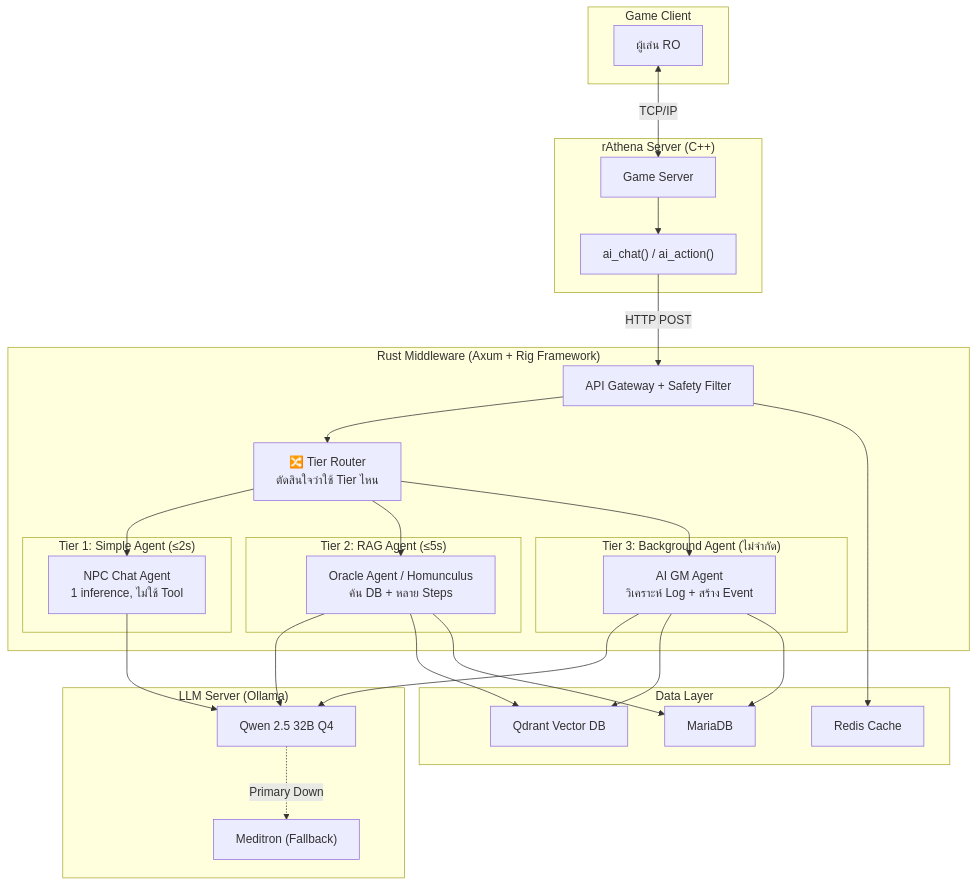
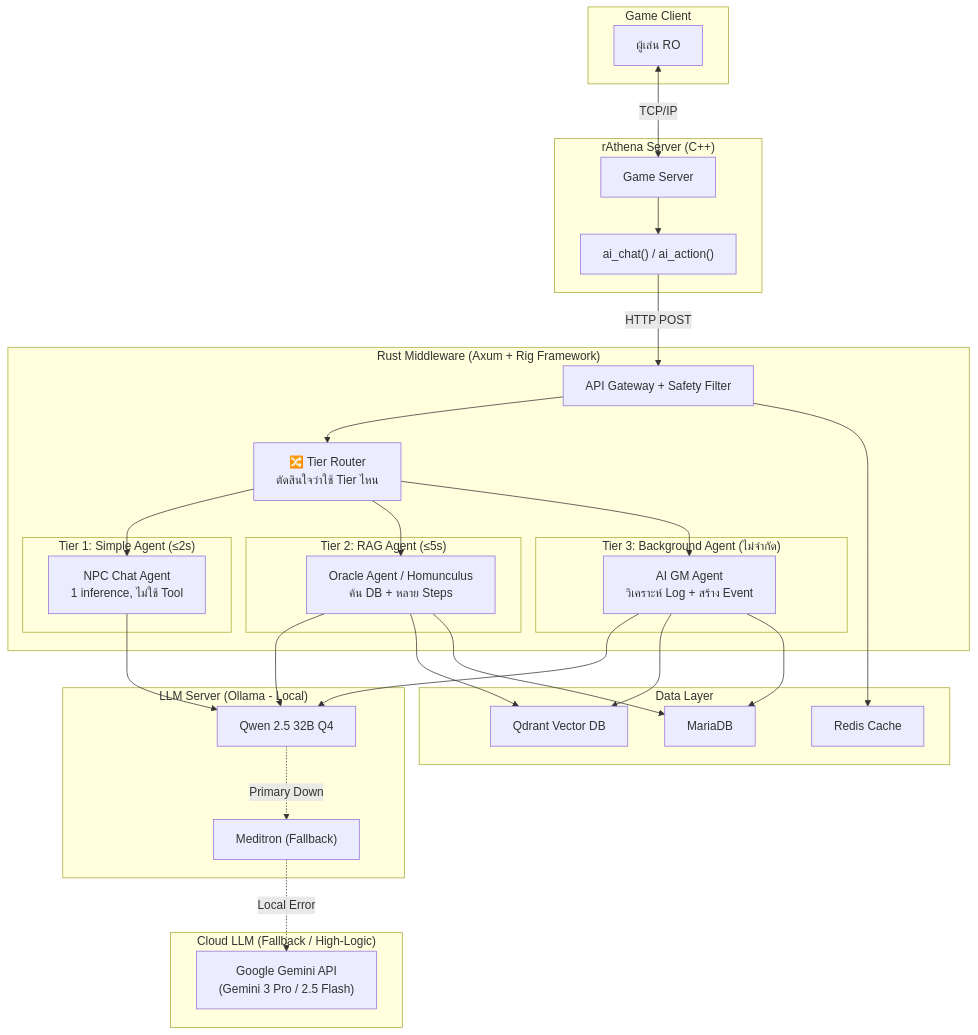
The first of 3 diagrams in docs/01_03_TRD_Project-Mimir_TH.md (MegaWiz-Dev-Team/Mimir), drawn with Mermaid before and after one commit. The commit also changed other lines of this file and 24 other files, not shown here.

Commit message:
feat: Implement model selection for Ollama and Gemini in the agent playground, including backend model configuration, persona updates, and new UI.

````diff
--- a/docs/01_03_TRD_Project-Mimir_TH.md
+++ b/docs/01_03_TRD_Project-Mimir_TH.md
@@ -22,56 +22,61 @@
 ```mermaid
 graph TB
     subgraph "Game Client"
         GC["ผู้เล่น RO"]
     end
 
     subgraph "rAthena Server (C++)"
         RA["Game Server"]
         SC["ai_chat() / ai_action()"]
     end
 
     subgraph "Rust Middleware (Axum + Rig Framework)"
         GW["API Gateway + Safety Filter"]
         ROUTER["🔀 Tier Router<br/>ตัดสินใจว่าใช้ Tier ไหน"]
         
         subgraph "Tier 1: Simple Agent (≤2s)"
             T1["NPC Chat Agent<br/>1 inference, ไม่ใช้ Tool"]
         end
         
         subgraph "Tier 2: RAG Agent (≤5s)"
             T2["Oracle Agent / Homunculus<br/>ค้น DB + หลาย Steps"]
         end
         
         subgraph "Tier 3: Background Agent (ไม่จำกัด)"
             T3["AI GM Agent<br/>วิเคราะห์ Log + สร้าง Event"]
         end
     end
 
-    subgraph "LLM Server (Ollama)"
+    subgraph "Cloud LLM (Fallback / High-Logic)"
+        GEMINI["Google Gemini API<br/>(Gemini 3 Pro / 2.5 Flash)"]
+    end
+
+    subgraph "LLM Server (Ollama - Local)"
         QWEN["Qwen 2.5 32B Q4"]
         MED["Meditron (Fallback)"]
     end
 
     subgraph "Data Layer"
         QD["Qdrant Vector DB"]
         DB["MariaDB"]
         RD["Redis Cache"]
     end
 
     GC <-->|TCP/IP| RA
     RA --> SC
     SC -->|HTTP POST| GW
     GW --> ROUTER
     ROUTER --> T1
     ROUTER --> T2
     ROUTER --> T3
     T1 --> QWEN
     T2 --> QWEN
     T2 --> QD
     T2 --> DB
     T3 --> QWEN
     T3 --> QD
     T3 --> DB
     QWEN -.->|Primary Down| MED
+    MED -.->|Local Error| GEMINI
     GW --> RD
 ```
````
